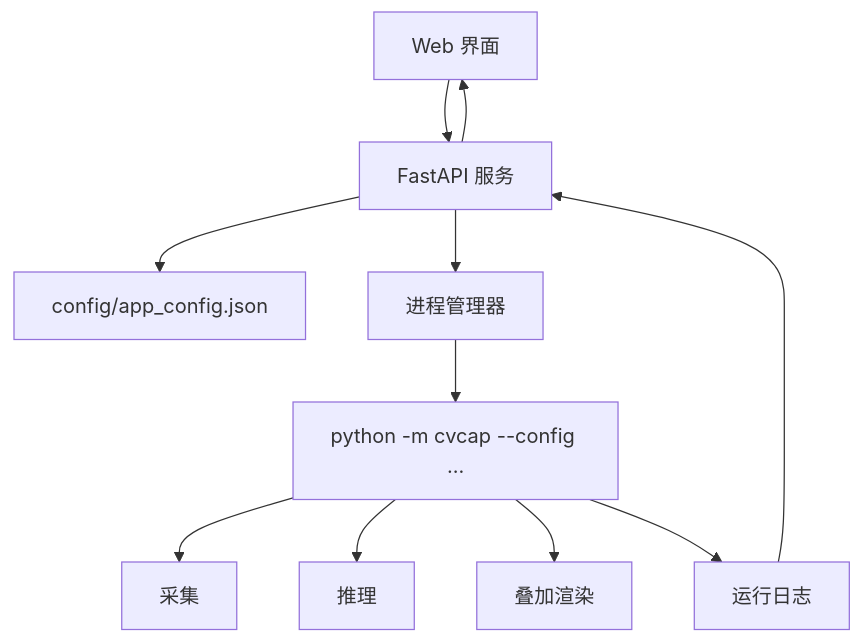
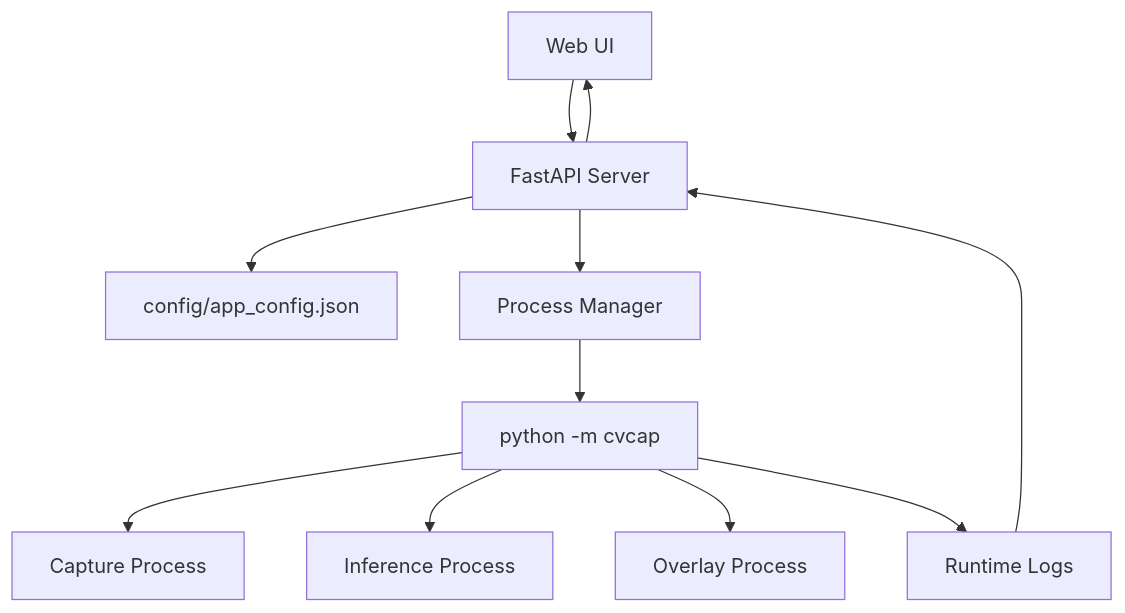
Before and after one commit to Rand0MGG/UltraLowLatency-YOLO-Pipeline: the fourth of 4 diagrams in readme.md, drawn with Mermaid. The commit also changed other lines of this file and 20 other files, not shown here.

````diff
--- a/readme.md
+++ b/readme.md
@@ -508,13 +573,13 @@
 ```mermaid
 flowchart TD
-    UI["Web 界面"] --> API["FastAPI 服务"]
+    UI["Web UI"] --> API["FastAPI Server"]
     API --> CFG["config/app_config.json"]
-    API --> PM["进程管理器"]
-    PM --> RUN["python -m cvcap --config ..."]
-    RUN --> CAP["采集"]
-    RUN --> INF["推理"]
-    RUN --> OVL["叠加渲染"]
-    RUN --> LOG["运行日志"]
+    API --> PM["Process Manager"]
+    PM --> RUN["python -m cvcap"]
+    RUN --> CAP["Capture Process"]
+    RUN --> INF["Inference Process"]
+    RUN --> OVL["Overlay Process"]
+    RUN --> LOG["Runtime Logs"]
     LOG --> API
     API --> UI
 ```
````
